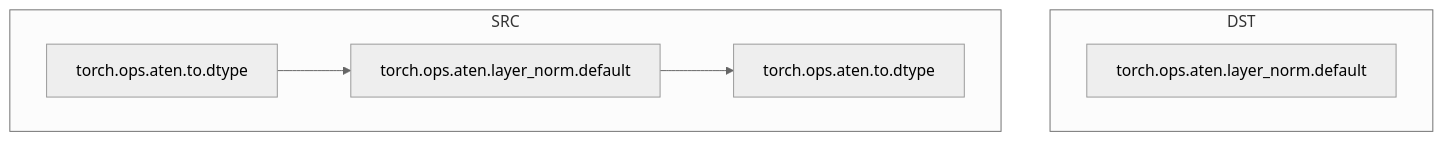
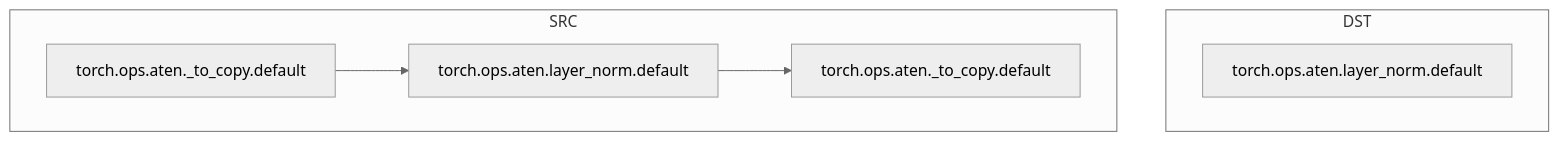
The diagram in xpu_graph/passes/patterns/targets/mlu/remove_layernorm_cast_pregrad.md (mingfa-w/xpu_graph), drawn with Mermaid (neutral theme) before and after one commit. The commit also changed 3 other files, not shown here.

Commit message:
feat(dispatcher): use aot_dispatch_export for pregrad graph as well

````diff
--- a/xpu_graph/passes/patterns/targets/mlu/remove_layernorm_cast_pregrad.md
+++ b/xpu_graph/passes/patterns/targets/mlu/remove_layernorm_cast_pregrad.md
@@ -2,11 +2,11 @@
 ```mermaid
 graph TD
 subgraph DST
     layernorm_[torch.ops.aten.layer_norm.default]
 end
 subgraph SRC
-    pre_cast[torch.ops.aten.to.dtype] --> layernorm[torch.ops.aten.layer_norm.default]
-    layernorm[torch.ops.aten.layer_norm.default] --> post_cast[torch.ops.aten.to.dtype]
+    pre_cast[torch.ops.aten._to_copy.default] --> layernorm[torch.ops.aten.layer_norm.default]
+    layernorm[torch.ops.aten.layer_norm.default] --> post_cast[torch.ops.aten._to_copy.default]
 end
 
 ```
````
